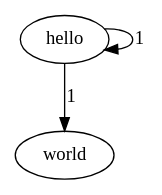
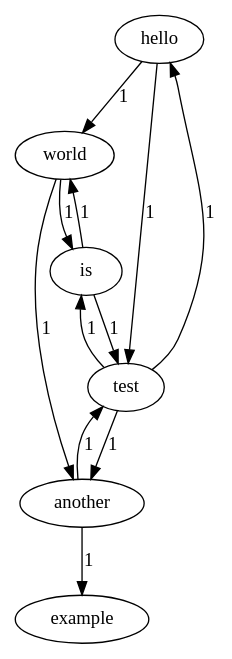
Before and after one commit to kurofu0319/Lab1-2021110667: the diagram in bin/file/test2/Graph.dot, drawn with Graphviz. The commit also changed 25 other files, not shown here.

```diff
--- a/bin/file/test2/Graph.dot
+++ b/bin/file/test2/Graph.dot
@@ -1,6 +1,19 @@
 digraph TextGraph {
 hello;
 world;
-hello -> hello [label = 1];
+is;
+test;
+another;
+example;
 hello -> world [label = 1];
+world -> is [label = 1];
+is -> test [label = 1];
+test -> hello [label = 1];
+test -> is [label = 1];
+test -> another [label = 1];
+another -> test [label = 1];
+another -> example [label = 1];
+is -> world [label = 1];
+world -> another [label = 1];
+hello -> test [label = 1];
 }
```
